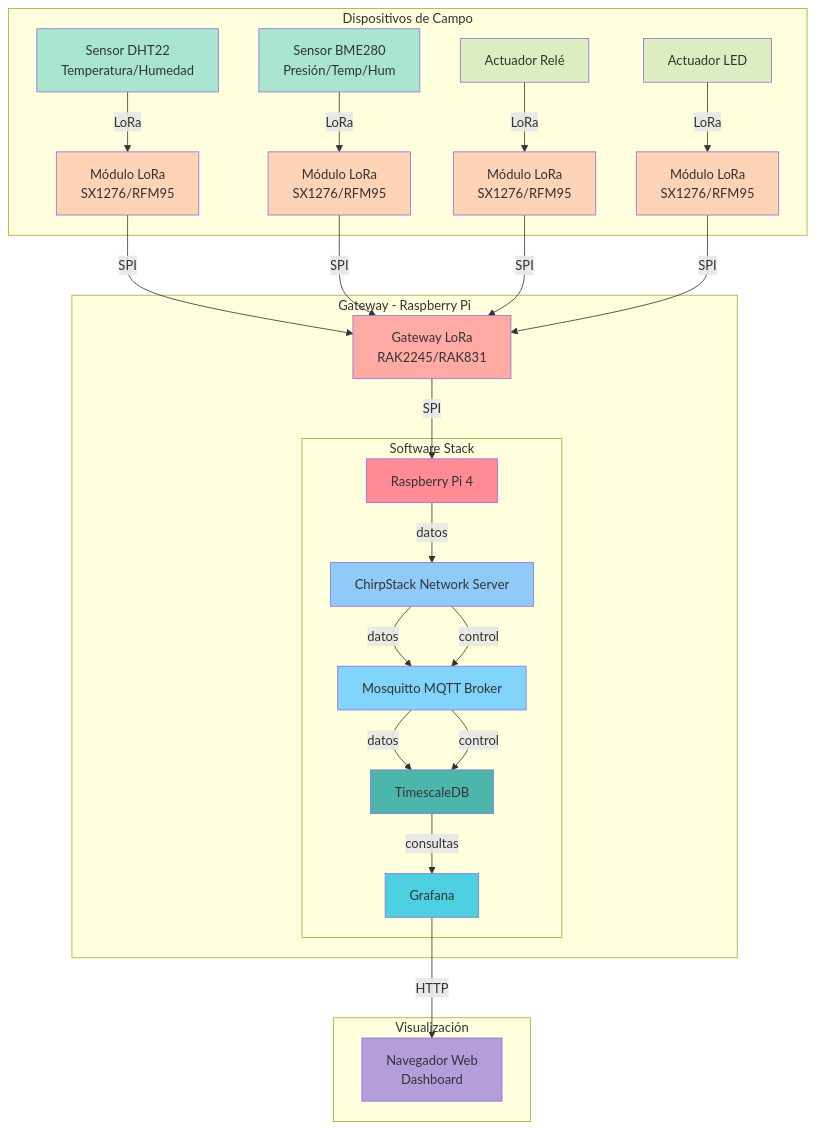
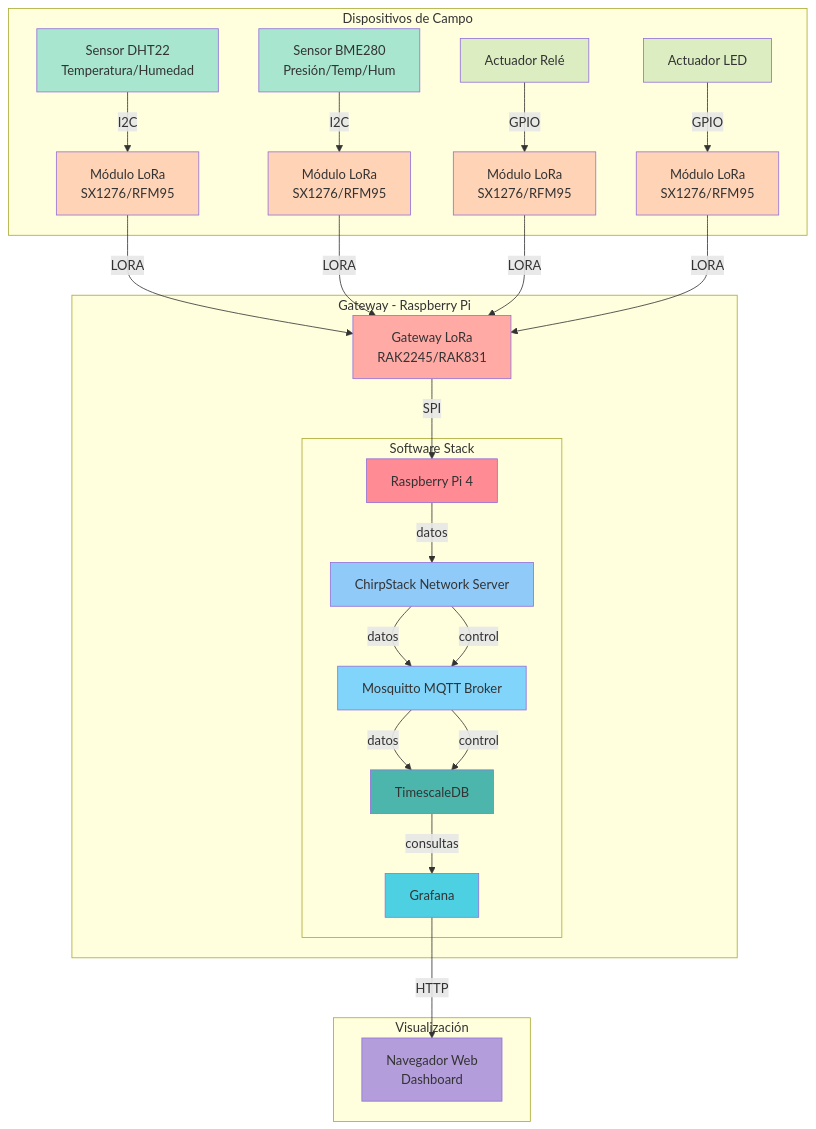
The second of 6 diagrams in 5. Lora.md (javacasm/IOT-Lora), drawn with Mermaid before and after one commit. The commit also changed other lines of this file and 62 other files, not shown here.

````diff
--- a/5. Lora.md
+++ b/5. Lora.md
@@ -193,45 +193,45 @@
 ```mermaid
 graph TD
     subgraph "Dispositivos de Campo"
-        S1[Sensor DHT22<br/>Temperatura/Humedad] -->|LoRa| LM1[Módulo LoRa<br/>SX1276/RFM95]
-        S2[Sensor BME280<br/>Presión/Temp/Hum] -->|LoRa| LM2[Módulo LoRa<br/>SX1276/RFM95]
-        A1[Actuador Relé] -->|LoRa| LM3[Módulo LoRa<br/>SX1276/RFM95]
-        A2[Actuador LED] -->|LoRa| LM4[Módulo LoRa<br/>SX1276/RFM95]
+        S1[Sensor DHT22<br/>Temperatura/Humedad] -->|I2C| LM1[Módulo LoRa<br/>SX1276/RFM95]
+        S2[Sensor BME280<br/>Presión/Temp/Hum] -->|I2C| LM2[Módulo LoRa<br/>SX1276/RFM95]
+        A1[Actuador Relé] -->|GPIO| LM3[Módulo LoRa<br/>SX1276/RFM95]
+        A2[Actuador LED] -->|GPIO| LM4[Módulo LoRa<br/>SX1276/RFM95]
     end
 
     subgraph "Gateway - Raspberry Pi"
-        LM1 & LM2 & LM3 & LM4 -->|SPI| GL[Gateway LoRa<br/>RAK2245/RAK831]
+        LM1 & LM2 & LM3 & LM4 -->|LORA| GL[Gateway LoRa<br/>RAK2245/RAK831]
         GL -->|SPI| RP[Raspberry Pi 4]
         
         subgraph "Software Stack"
             RP --> |datos| CH[ChirpStack Network Server]
             CH --> |datos| MQ[Mosquitto MQTT Broker]
             MQ --> |datos| TS[TimescaleDB]
             TS --> |consultas| GF[Grafana]
             
             CH --> |control| MQ
             MQ --> |control| TS
         end
     end
 
     subgraph "Visualización"
         GF -->|HTTP| WB[Navegador Web<br/>Dashboard]
     end
 
     style S1 fill:#a8e6cf
     style S2 fill:#a8e6cf
     style A1 fill:#dcedc1
     style A2 fill:#dcedc1
     style LM1 fill:#ffd3b6
     style LM2 fill:#ffd3b6
     style LM3 fill:#ffd3b6
     style LM4 fill:#ffd3b6
     style GL fill:#ffaaa5
     style RP fill:#ff8b94
     style CH fill:#90caf9
     style MQ fill:#81d4fa
     style TS fill:#4db6ac
     style GF fill:#4dd0e1
     style WB fill:#b39ddb
 
 ```
````
